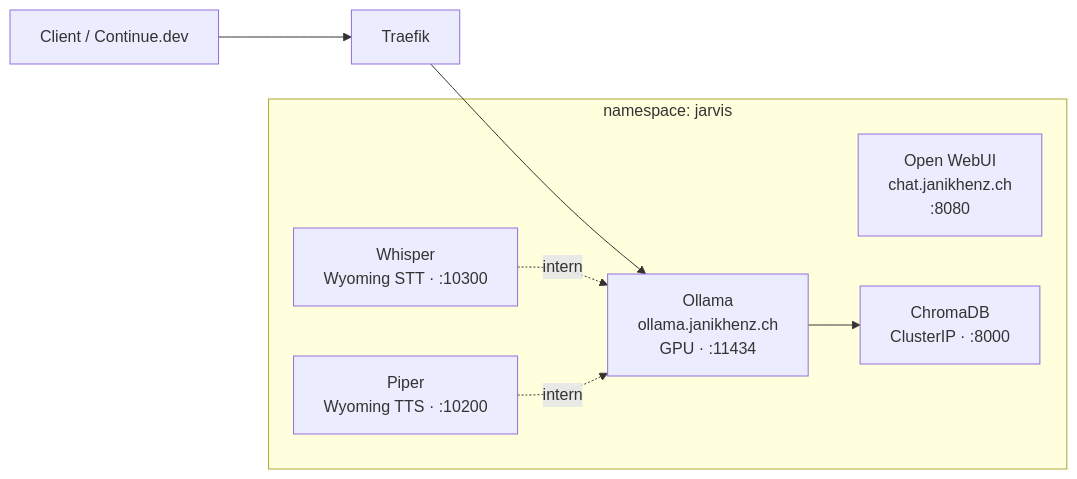
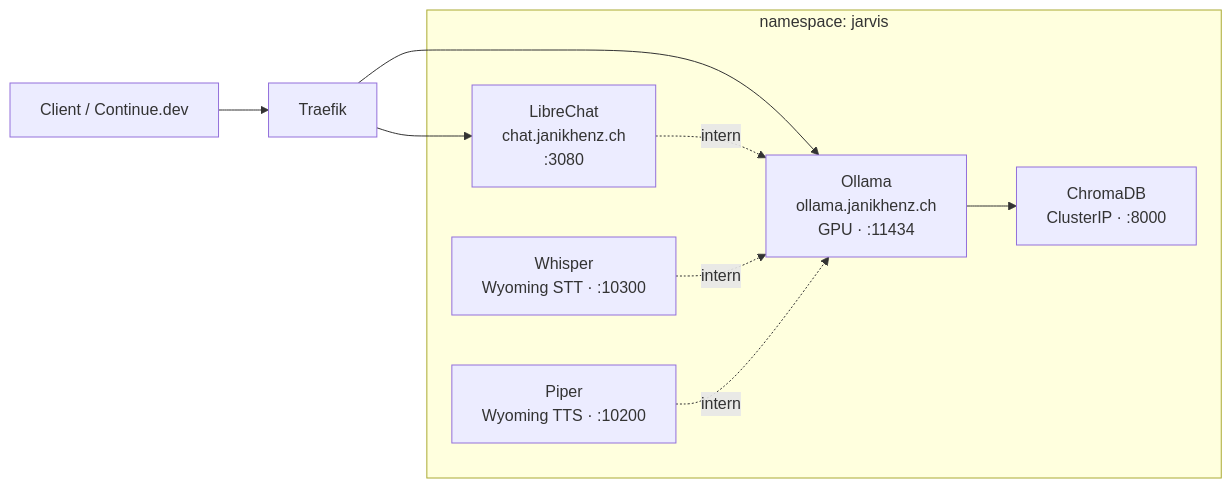
The fifth of 8 diagrams in README.md (JanikHenz/my-homelab), drawn with Mermaid before and after one commit. The commit also changed other lines of this file and 14 other files, not shown here.

````diff
--- a/README.md
+++ b/README.md
@@ -423,19 +423,21 @@
 ```mermaid
 flowchart LR
     USER["Client / Continue.dev"]
     TRAEFIK["Traefik"]
 
     subgraph JARVIS["namespace: jarvis"]
         OL["Ollama\nollama.janikhenz.ch\nGPU · :11434"]
-        OW["Open WebUI\nchat.janikhenz.ch\n:8080"]
+        LC["LibreChat\nchat.janikhenz.ch\n:3080"]
         WH["Whisper\nWyoming STT · :10300"]
         PI["Piper\nWyoming TTS · :10200"]
         CH["ChromaDB\nClusterIP · :8000"]
     end
 
     USER --> TRAEFIK
     TRAEFIK --> OL
+    TRAEFIK --> LC
+    LC -.->|"intern"| OL
     WH -.->|"intern"| OL
     PI -.->|"intern"| OL
     OL --> CH
 ```
````
